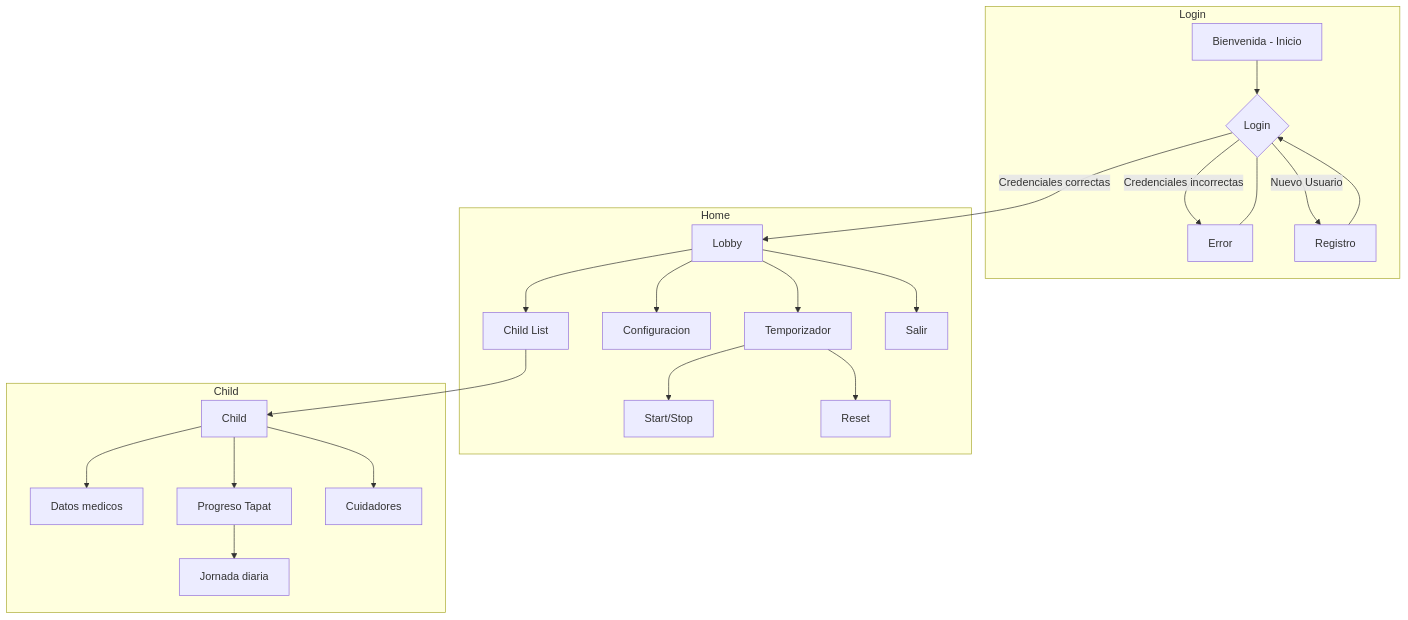
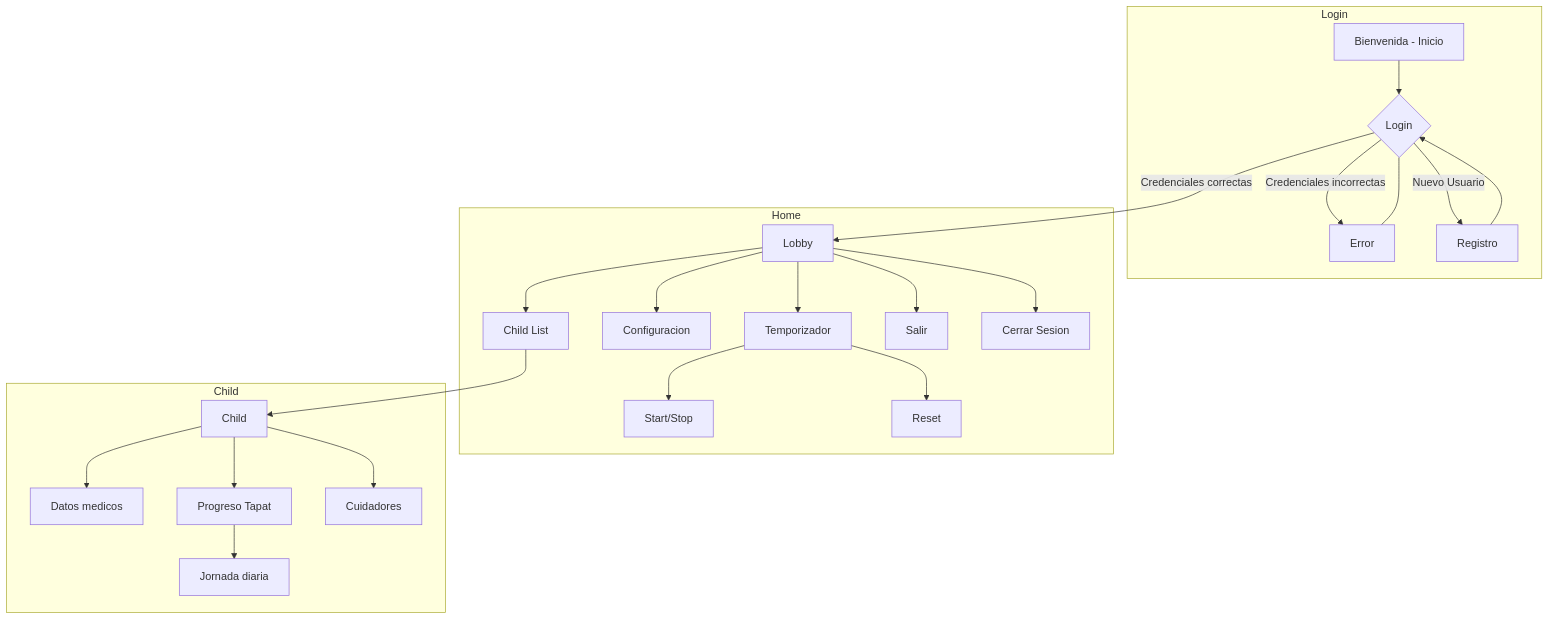
The diagram in Prototip2/WireFrame.mermaid (hhosp/TapatApp), drawn with Mermaid before and after one commit.

```diff
--- a/Prototip2/WireFrame.mermaid
+++ b/Prototip2/WireFrame.mermaid
@@ -1,20 +1,21 @@
  flowchart TB;
     subgraph Login
     A[Bienvenida - Inicio] --> B{Login}
     B --> |Credenciales incorrectas|Y[Error]---
     B --> |Nuevo Usuario|C[Registro] --> B
     end
     subgraph Home
     B --> |Credenciales correctas|D[Lobby]
     D --> E[Child List]
     D --> G[Configuracion]
     D --> S[Temporizador] --> U[Start/Stop]
     D --> Salir
+    D --> M[Cerrar Sesion]
     S --> Reset
     end
     subgraph Child
     E --> F[Child]
     F --> K[Datos medicos]
     F --> L[Progreso Tapat] --> I[Jornada diaria]
     F --> T[Cuidadores]
     end
```
